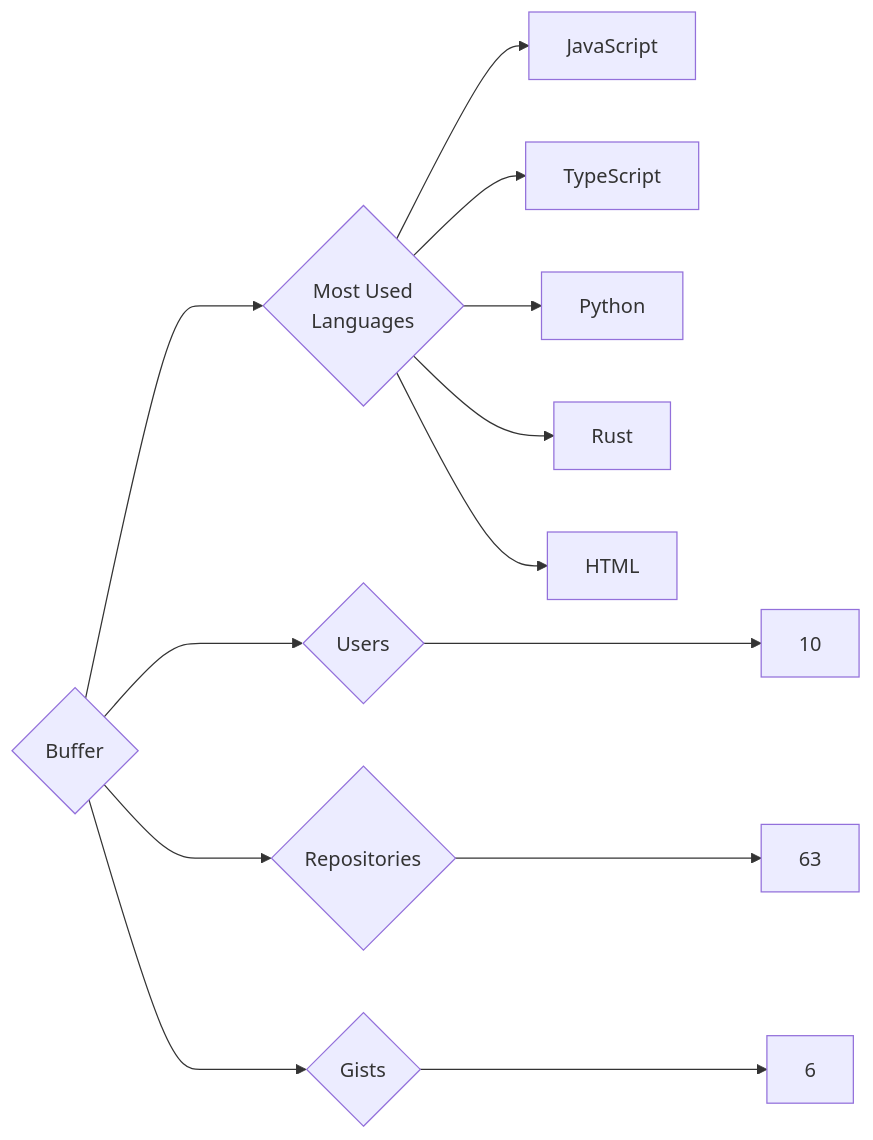
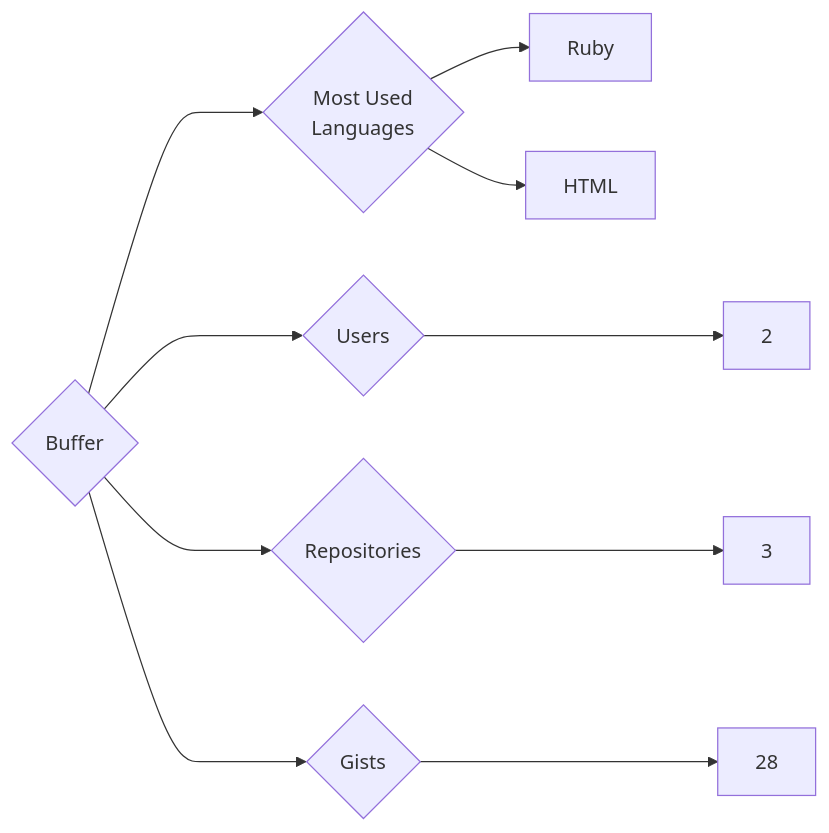
Before and after one commit to trickest/insiders: the diagram in targets/Buffer/README.md, drawn with Mermaid. The commit also changed 860 other files, not shown here.

````diff
--- a/targets/Buffer/README.md
+++ b/targets/Buffer/README.md
@@ -3,13 +3,10 @@
 ```mermaid
 graph LR
 COMPANY_NAME{Buffer}
-COMPANY_NAME ---> U{Users} ---> UN[10]
-COMPANY_NAME ---> R{Repositories} ---> RN[63]
-COMPANY_NAME ---> G{Gists} ---> GN[6]
+COMPANY_NAME ---> U{Users} ---> UN[2]
+COMPANY_NAME ---> R{Repositories} ---> RN[3]
+COMPANY_NAME ---> G{Gists} ---> GN[28]
 COMPANY_NAME ---> ML{Most Used<br>Languages}
-ML --> JavaScript[JavaScript]
-ML --> TypeScript[TypeScript]
-ML --> Python[Python]
-ML --> Rust[Rust]
+ML --> Ruby[Ruby]
 ML --> HTML[HTML]
 ```
````
